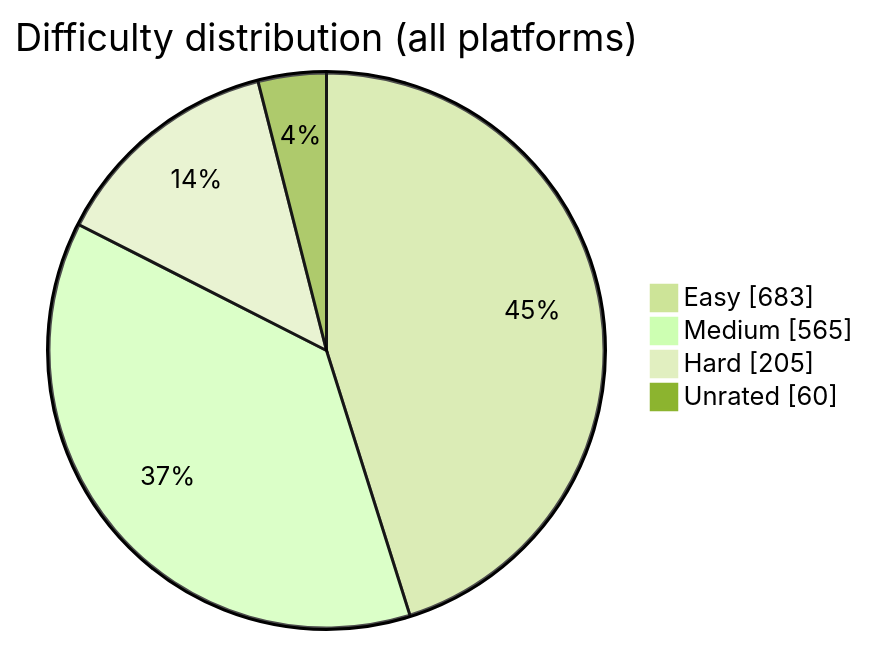
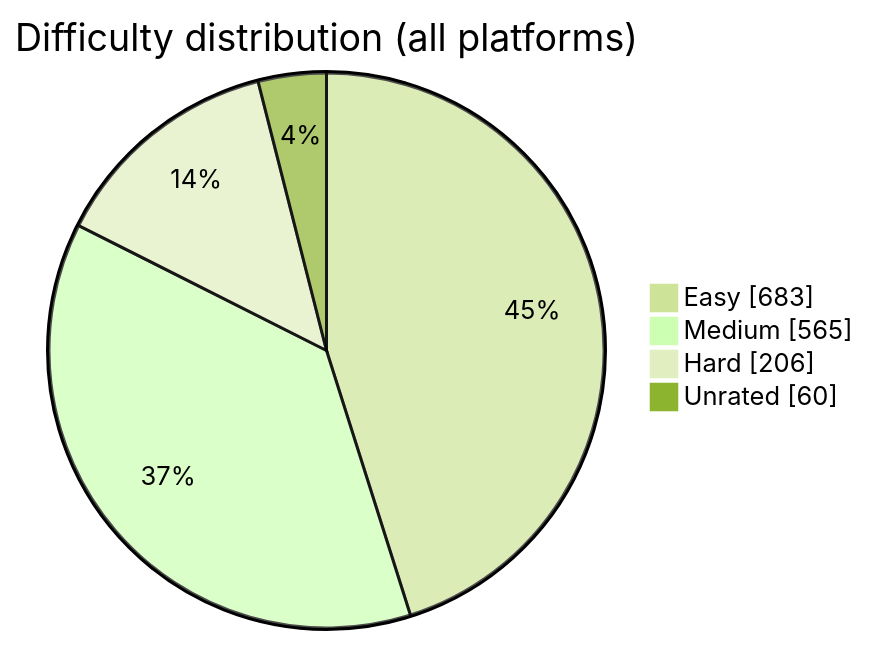
The diagram in README.md (BuildbyArindam/Daily-Coding-Log), drawn with Mermaid (forest theme) before and after one commit. The commit also changed other lines of this file, not shown here.

````diff
--- a/README.md
+++ b/README.md
@@ -93,7 +93,7 @@
 ```mermaid
 pie showData title Difficulty distribution (all platforms)
     "Easy" : 683
     "Medium" : 565
-    "Hard" : 205
+    "Hard" : 206
     "Unrated" : 60
 ```
````
